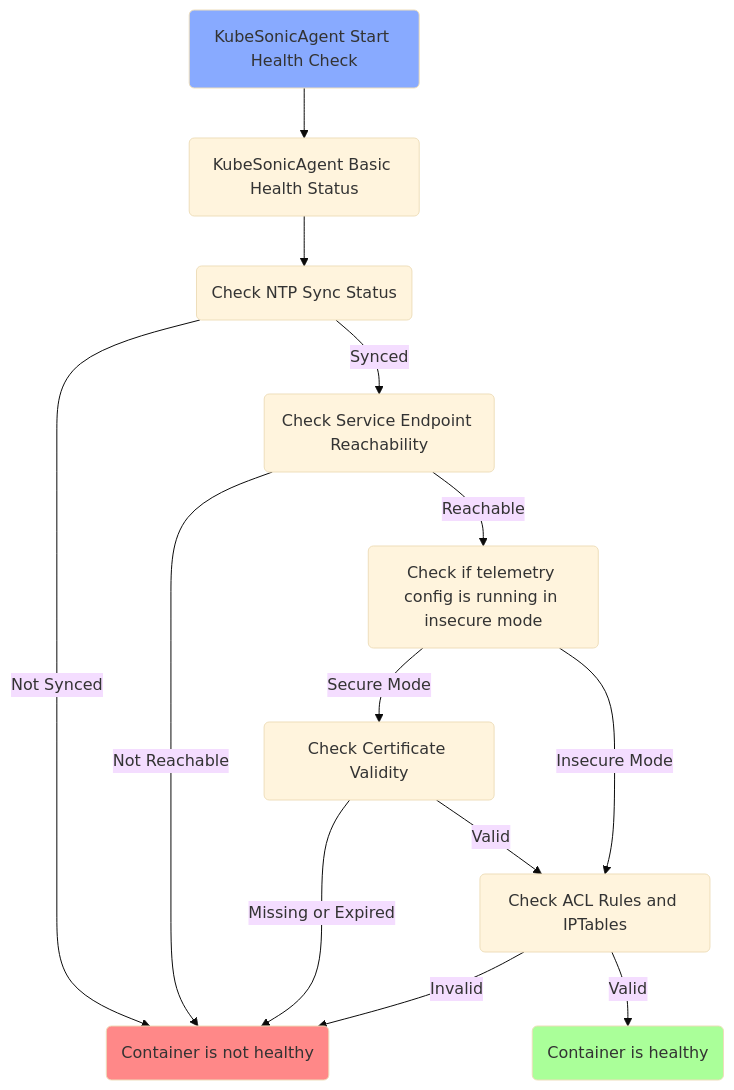
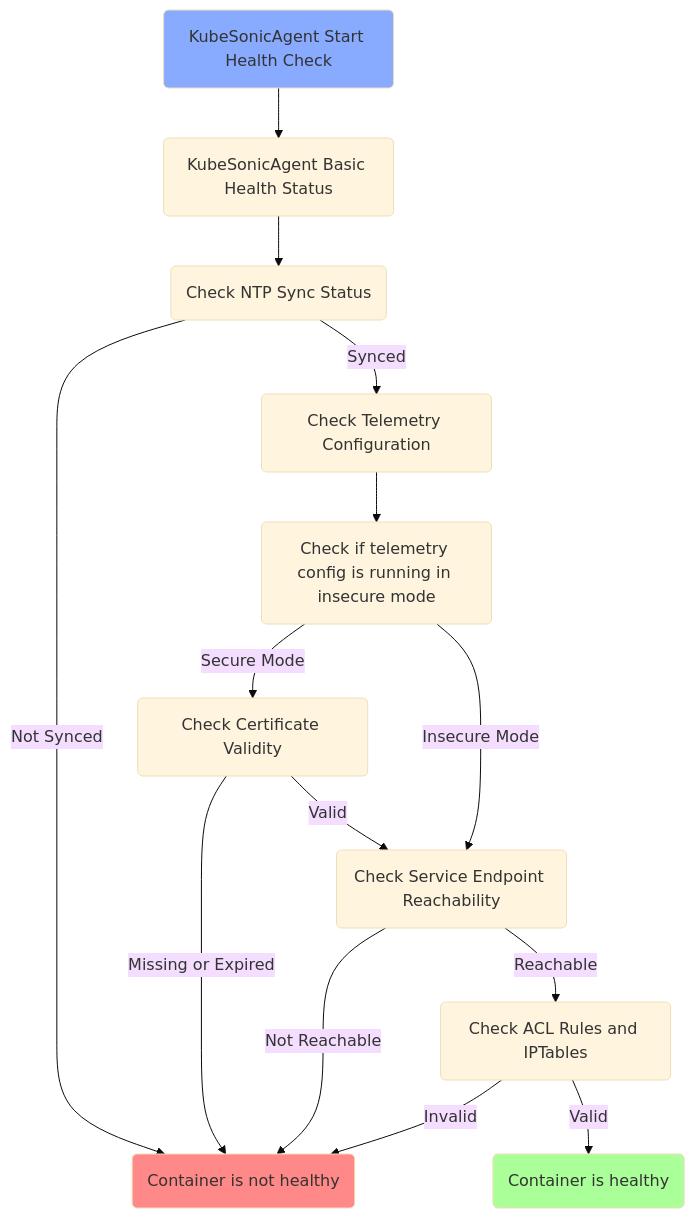
One commit to zbud-msft/mermaid changed the diagram in telemetry_wd.md. Above: the diagram before and after it, drawn with Mermaid (base theme).

````diff
--- a/telemetry_wd.md
+++ b/telemetry_wd.md
@@ -1,28 +1,30 @@
 ```mermaid
 flowchart
     Start(KubeSonicAgent Start Health Check)
     style Start fill:#8AF
     Health_Status(KubeSonicAgent Basic Health Status)
     NTP_Sync(Check NTP Sync Status)
     Unhealthy(Container is not healthy)
     style Unhealthy fill:#F88
+    Telemetry_Config(Check Telemetry Configuration)
+    Cert_Config(Check if telemetry config is running in insecure mode)
+    Cert_Validity(Check Certificate Validity)
     Endpoint_Reachability(Check Service Endpoint Reachability)
-    Telemetry_Config(Check if telemetry config is running in insecure mode)
-    Cert_Validity(Check Certificate Validity)
     ACL_Rules(Check ACL Rules and IPTables)
     Healthy(Container is healthy)
     style Healthy fill:#AF9
 
     Start --> Health_Status
     Health_Status --> NTP_Sync
     NTP_Sync -->|Not Synced|Unhealthy
-    NTP_Sync -->|Synced|Endpoint_Reachability
+    NTP_Sync -->|Synced|Telemetry_Config
+    Telemetry_Config -->Cert_Config
     Endpoint_Reachability -->|Not Reachable|Unhealthy
-    Endpoint_Reachability -->|Reachable|Telemetry_Config
-    Telemetry_Config -->|Secure Mode|Cert_Validity
-    Telemetry_Config -->|Insecure Mode|ACL_Rules
+    Endpoint_Reachability -->|Reachable|ACL_Rules
+    Cert_Config -->|Secure Mode|Cert_Validity
+    Cert_Config -->|Insecure Mode|Endpoint_Reachability
     Cert_Validity -->|Missing or Expired|Unhealthy
-    Cert_Validity -->|Valid|ACL_Rules
+    Cert_Validity -->|Valid|Endpoint_Reachability
     ACL_Rules -->|Invalid|Unhealthy
     ACL_Rules -->|Valid|Healthy
 ```
````
